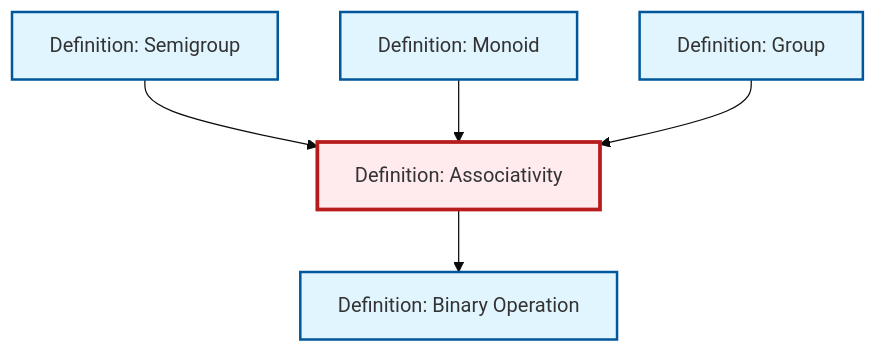
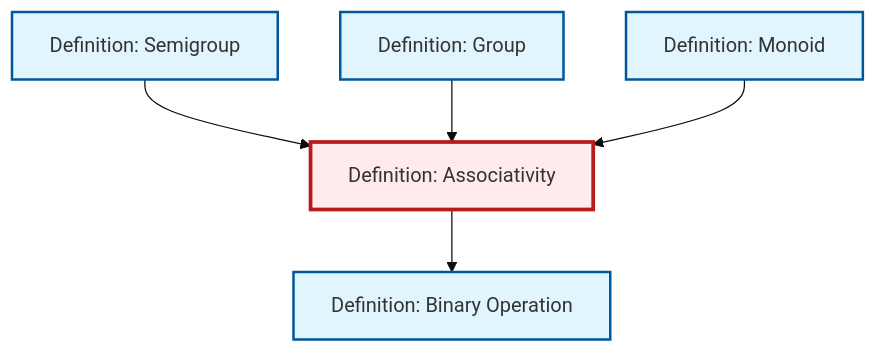
Before and after one commit to RK0429/ModernMath: the diagram in content/en/algebra/def-associativity.qmd, drawn with Mermaid (base theme). The commit also changed other lines of this file and 1012 other files, not shown here.

````diff
--- a/content/en/algebra/def-associativity.qmd
+++ b/content/en/algebra/def-associativity.qmd
@@ -88,23 +88,23 @@
 ```{mermaid}
 %%| fig-cap: "Local dependency graph"
 graph TD
     classDef definition fill:#e1f5fe,stroke:#01579b,stroke-width:2px
     classDef theorem fill:#f3e5f5,stroke:#4a148c,stroke-width:2px
     classDef axiom fill:#fff3e0,stroke:#e65100,stroke-width:2px
     classDef example fill:#e8f5e9,stroke:#1b5e20,stroke-width:2px
     classDef current fill:#ffebee,stroke:#b71c1c,stroke-width:3px
     def-associativity["Definition: Associativity"]:::definition
     def-binary-operation["Definition: Binary Operation"]:::definition
     def-monoid["Definition: Monoid"]:::definition
     def-semigroup["Definition: Semigroup"]:::definition
     def-group["Definition: Group"]:::definition
+    def-semigroup --> def-associativity
     def-associativity --> def-binary-operation
-    def-semigroup --> def-associativity
+    def-group --> def-associativity
     def-monoid --> def-associativity
-    def-group --> def-associativity
     class def-associativity current
     click def-binary-operation "def-binary-operation.html" "Go to Binary Operation definition"
     click def-monoid "def-monoid.html" "Go to Monoid definition"
     click def-semigroup "def-semigroup.html" "Go to Semigroup definition"
     click def-group "def-group.html" "Go to Group definition"
 ```
````
